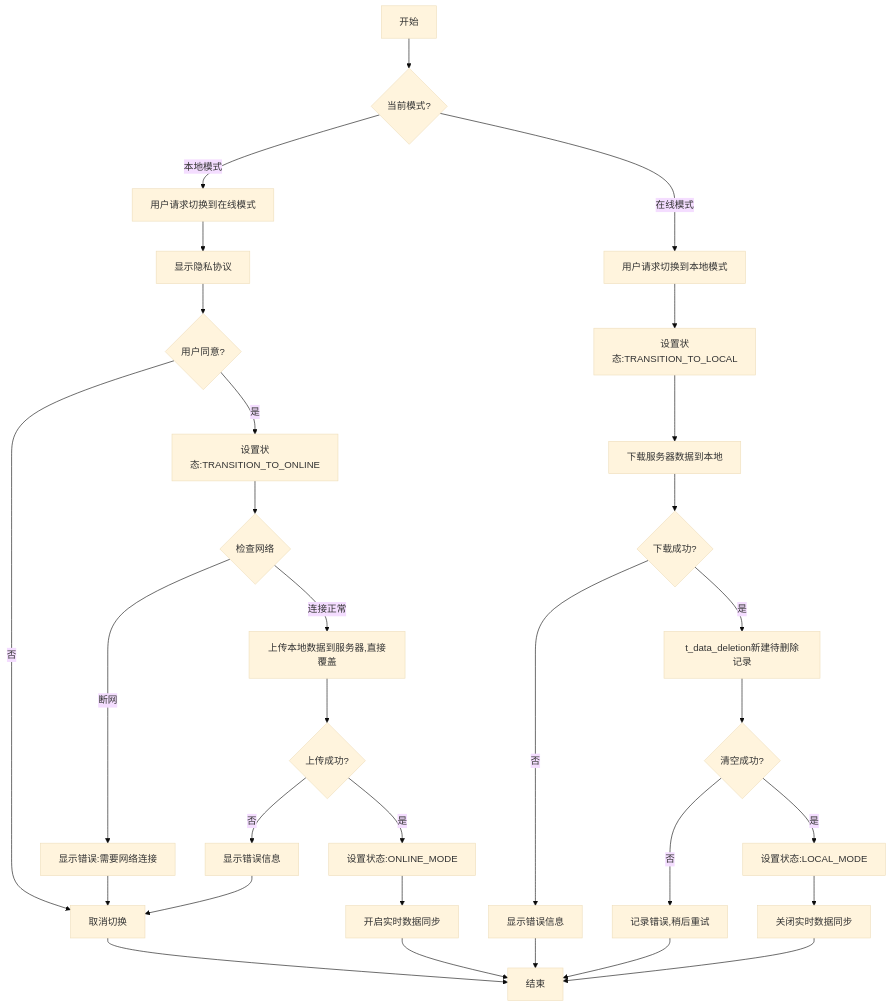
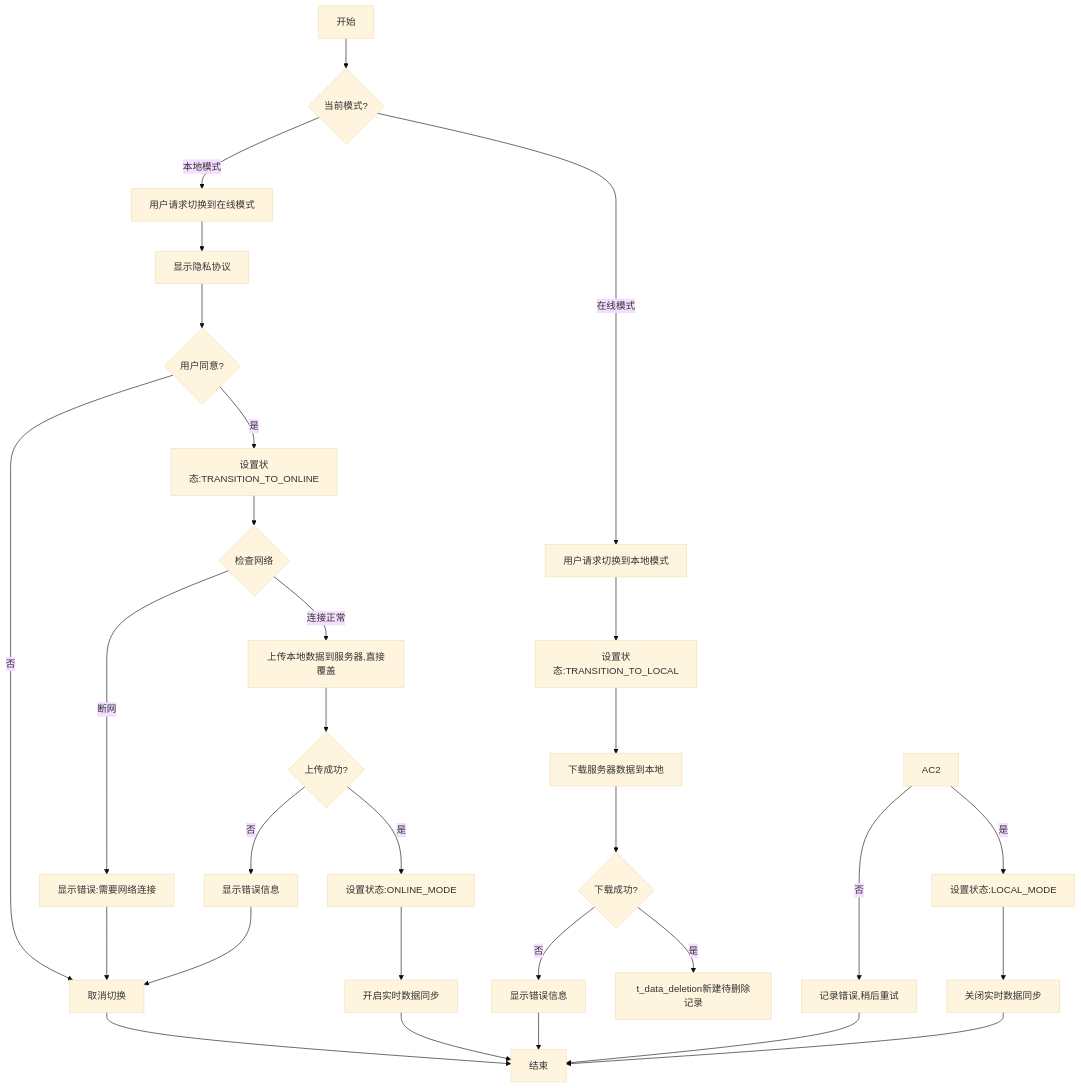
One commit to yingjianzh/iodraw-files changed the diagram in all/未命名-50.md. Above: the diagram before and after it, drawn with Mermaid (base theme).

Commit message:
2025-05-08 16:13:54 update

````diff
--- a/all/未命名-50.md
+++ b/all/未命名-50.md
@@ -1,37 +1,36 @@
 ```mermaid
 
 flowchart TD
     A[开始] --> B{当前模式?}
     
     B -->|本地模式| C[用户请求切换到在线模式]
     C --> F[显示隐私协议]
     F --> G{用户同意?}
     G -->|否| H[取消切换]
     H --> Z[结束]
     G -->|是| I[设置状态:TRANSITION_TO_ONLINE]
     I --> J{检查网络}
     J -->|断网| K[显示错误:需要网络连接]
     K --> H
     J -->|连接正常| O[上传本地数据到服务器,直接覆盖]
     O --> P{上传成功?}
     P -->|否| Q[显示错误信息]
     Q --> H
     P -->|是| R[设置状态:ONLINE_MODE]
     R --> S[开启实时数据同步]
     S --> Z
     
     B -->|在线模式| T[用户请求切换到本地模式]
     T --> U[设置状态:TRANSITION_TO_LOCAL]
     U --> X[下载服务器数据到本地]
     X --> Y{下载成功?}
     Y -->|否| AA2[显示错误信息]
     AA2 --> Z
     Y -->|是| AB2[t_data_deletion新建待删除记录]
-    AB2 --> AC2{清空成功?}
     AC2 -->|否| AD2[记录错误,稍后重试]
     AD2 --> Z
     AC2 -->|是| AE[设置状态:LOCAL_MODE]
     AE --> AF[关闭实时数据同步]
     AF --> Z
 
 ```
````
